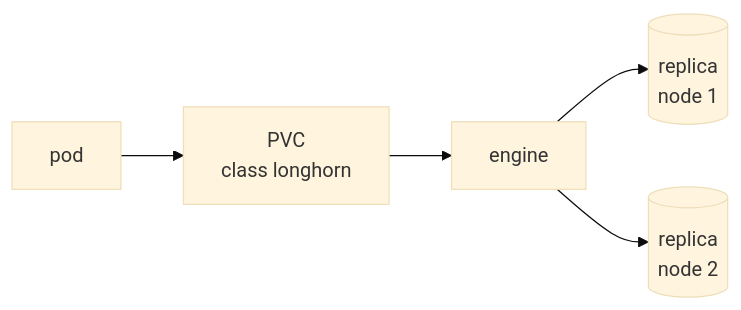
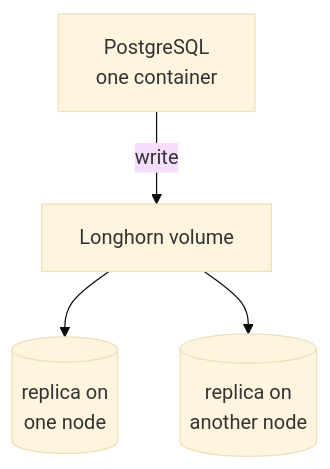
One commit to equinix-svc/svc-helm-daihub changed the seventh of 7 diagrams in README.md. Above: the diagram before and after it, drawn with Mermaid (base theme). The commit also changed other lines of this file, not shown here.

Commit message:
README: explain service copies and Longhorn volume copies

````diff
--- a/README.md
+++ b/README.md
@@ -354,6 +360,6 @@
 ```mermaid
-flowchart LR
-  P["pod"] --> PVC["PVC<br/>class longhorn"] --> E["engine"]
-  E --> R1[("replica<br/>node 1")]
-  E --> R2[("replica<br/>node 2")]
+flowchart TB
+  P["PostgreSQL<br/>one container"] -- "write" --> V["Longhorn volume"]
+  V --> R1[("replica on<br/>one node")]
+  V --> R2[("replica on<br/>another node")]
 ```
````
